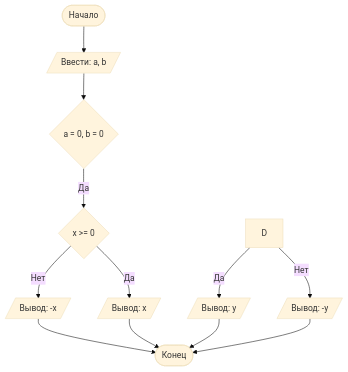
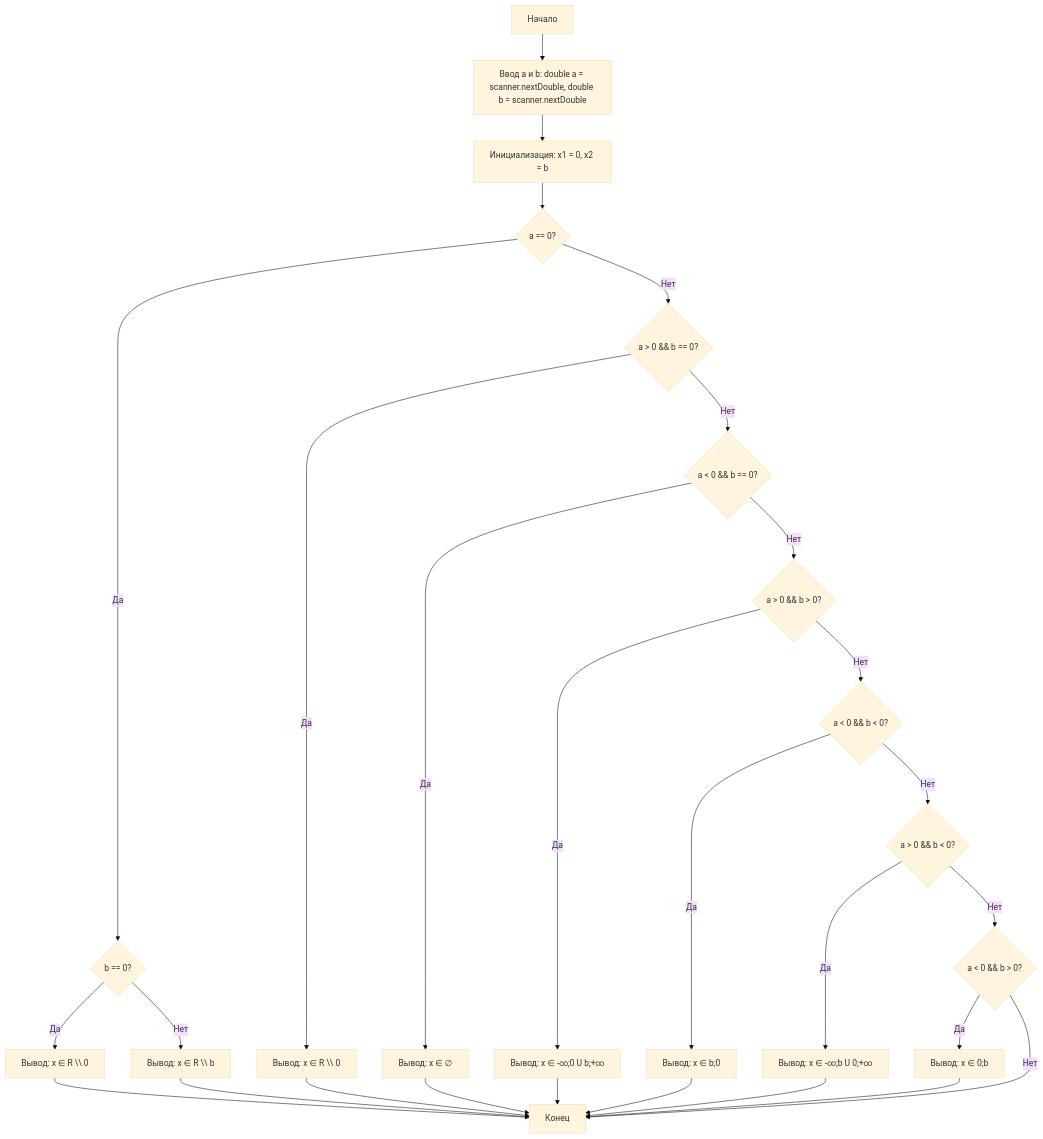
Before and after one commit to KkaizzzFR16/Lab1: the diagram in README.md, drawn with Mermaid (base theme).

````diff
--- a/README.md
+++ b/README.md
@@ -91,16 +91,42 @@
 ```mermaid
-graph TD
-    A([Начало]) --> B[/Ввести: a, b/]
-    B --> C{a = 0, b = 0}
+flowchart TD
+    A[Начало] --> B[Ввод a и b: double a = scanner.nextDouble, double b = scanner.nextDouble]
+    B --> C[Инициализация: x1 = 0, x2 = b]
     
-    D -- Нет --> E[/Вывод: -y/]
-    D -- Да --> H[/Вывод: y/]
-    C -- Да --> I{x >= 0}
-    I -- Нет --> J[/Вывод: -x/]
-    I -- Да --> K[/Вывод: x/]
-    J --> Z
-    K --> Z
-    H --> Z
-    E --> Z([Конец])
+    C --> D{a == 0?}
+    
+    D -- Да --> E{b == 0?}
+    E -- Да --> F[Вывод: x ∈ R \\ 0]
+    E -- Нет --> G[Вывод: x ∈ R \\ b]
+    
+    D -- Нет --> I{a > 0 && b == 0?}
+
+    I -- Да --> J[Вывод: x ∈ R \\ 0]
+    I -- Нет --> K{a < 0 && b == 0?}
+    
+    K -- Да --> L[Вывод: x ∈ ∅]
+    K -- Нет --> M{a > 0 && b > 0?}
+    
+    M -- Да --> N[Вывод: x ∈ -∞;0 U b;+∞]
+    M -- Нет --> O{a < 0 && b < 0?}
+    
+    O -- Да --> P[Вывод: x ∈ b;0]
+    O -- Нет --> Q{a > 0 && b < 0?}
+    
+    Q -- Да --> R[Вывод: x ∈ -∞;b U 0;+∞]
+    Q -- Нет --> S{a < 0 && b > 0?}
+    
+    S -- Да --> T[Вывод: x ∈ 0;b]
+    S -- Нет --> U[Конец]
+    
+    F --> U
+    G --> U
+    J --> U
+    L --> U
+    N --> U
+    P --> U
+    R --> U
+    T --> U
+    
 
 ```
````
